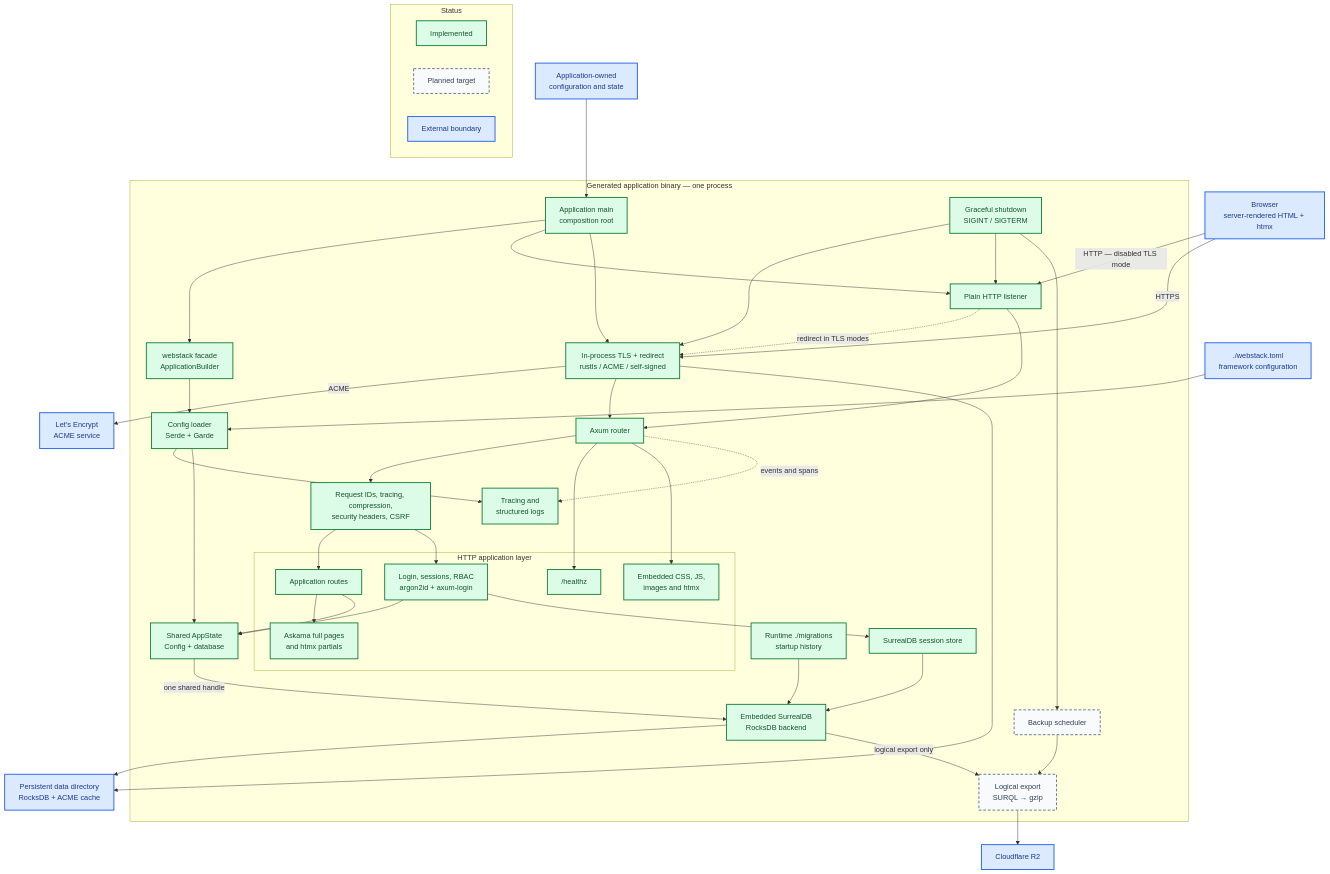
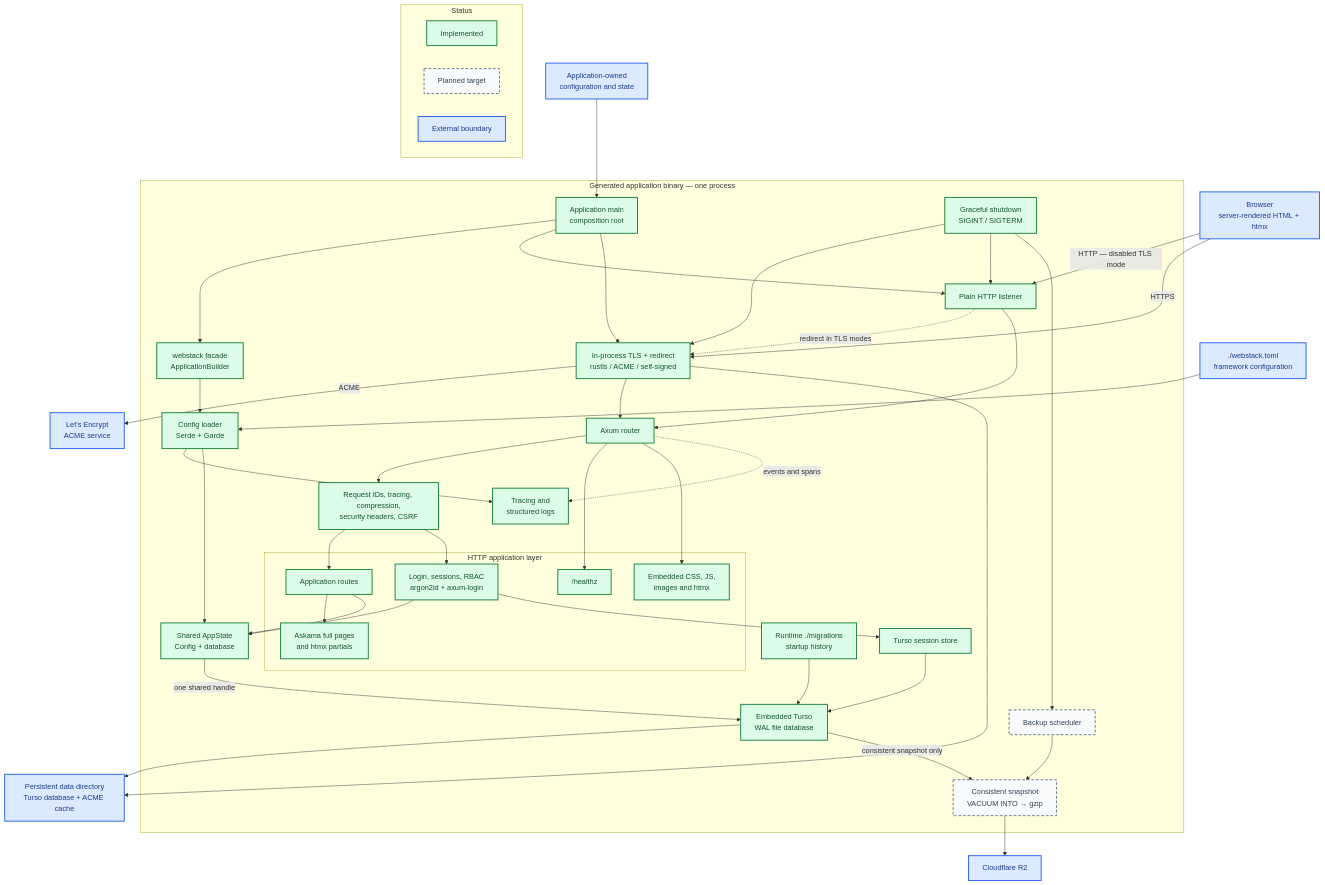
Before and after one commit to bwks/webstack: the diagram in docs/architecture.md, drawn with Mermaid. The commit also changed other lines of this file and 10 other files, not shown here.

````diff
--- a/docs/architecture.md
+++ b/docs/architecture.md
@@ -36,79 +36,79 @@
 ```mermaid
 flowchart TB
     subgraph Legend["Status"]
         ImplementedLegend["Implemented"]:::implemented
         PlannedLegend["Planned target"]:::planned
         ExternalLegend["External boundary"]:::external
     end
 
     Browser["Browser<br/>server-rendered HTML + htmx"]:::external
     LetsEncrypt["Let's Encrypt<br/>ACME service"]:::external
     R2["Cloudflare R2"]:::external
     WebstackConfig["./webstack.toml<br/>framework configuration"]:::external
     AppConfig["Application-owned<br/>configuration and state"]:::external
-    DataDir["Persistent data directory<br/>RocksDB + ACME cache"]:::external
+    DataDir["Persistent data directory<br/>Turso database + ACME cache"]:::external
 
     subgraph Binary["Generated application binary — one process"]
         Main["Application main<br/>composition root"]:::implemented
         Facade["webstack facade<br/>ApplicationBuilder"]:::implemented
         Config["Config loader<br/>Serde + Garde"]:::implemented
         Observability["Tracing and<br/>structured logs"]:::implemented
         Shutdown["Graceful shutdown<br/>SIGINT / SIGTERM"]:::implemented
 
         PlainHttp["Plain HTTP listener"]:::implemented
         Tls["In-process TLS + redirect<br/>rustls / ACME / self-signed"]:::implemented
         Router["Axum router"]:::implemented
         Middleware["Request IDs, tracing, compression,<br/>security headers, CSRF"]:::implemented
 
         subgraph Http["HTTP application layer"]
             Health["/healthz"]:::implemented
             AppRoutes["Application routes"]:::implemented
             Auth["Login, sessions, RBAC<br/>argon2id + axum-login"]:::implemented
             Views["Askama full pages<br/>and htmx partials"]:::implemented
             Assets["Embedded CSS, JS,<br/>images and htmx"]:::implemented
         end
 
         State["Shared AppState<br/>Config + database"]:::implemented
-        Database["Embedded SurrealDB<br/>RocksDB backend"]:::implemented
+        Database["Embedded Turso<br/>WAL file database"]:::implemented
         Migrations["Runtime ./migrations<br/>startup history"]:::implemented
-        Sessions["SurrealDB session store"]:::implemented
+        Sessions["Turso session store"]:::implemented
         Scheduler["Backup scheduler"]:::planned
-        Export["Logical export<br/>SURQL → gzip"]:::planned
+        Export["Consistent snapshot<br/>VACUUM INTO → gzip"]:::planned
     end
 
     WebstackConfig --> Config
     AppConfig --> Main
     Main --> Facade --> Config
     Config --> Observability
     Config --> State
     Main --> PlainHttp
     Main --> Tls
     Shutdown --> Tls
     Browser -->|HTTP — disabled TLS mode| PlainHttp
     Browser -->|HTTPS| Tls
     PlainHttp -.->|redirect in TLS modes| Tls
     Tls -->|ACME| LetsEncrypt
     PlainHttp --> Router
     Tls --> Router
     Router --> Middleware
     Router --> Health
     Middleware --> AppRoutes
     Middleware --> Auth
     AppRoutes --> Views
     Router --> Assets
     AppRoutes --> State
     Auth --> State
     Auth --> Sessions --> Database
     State -->|one shared handle| Database --> DataDir
     Migrations --> Database
     Tls --> DataDir
     Scheduler --> Export --> R2
-    Database -->|logical export only| Export
+    Database -->|consistent snapshot only| Export
     Router -.->|events and spans| Observability
     Shutdown --> PlainHttp
     Shutdown --> Scheduler
 
     classDef implemented fill:#dcfce7,stroke:#15803d,stroke-width:2px,color:#14532d
     classDef planned fill:#f8fafc,stroke:#64748b,stroke-width:2px,stroke-dasharray:6 4,color:#334155
     classDef external fill:#dbeafe,stroke:#2563eb,stroke-width:2px,color:#1e3a8a
 ```
````
